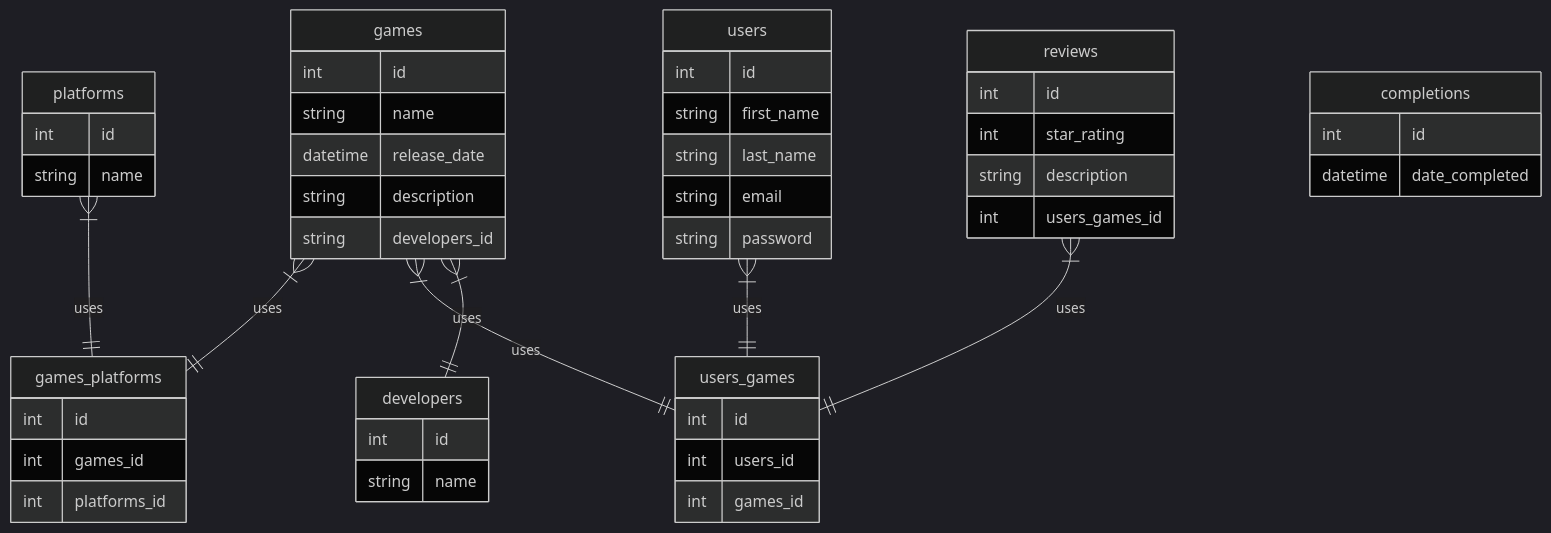
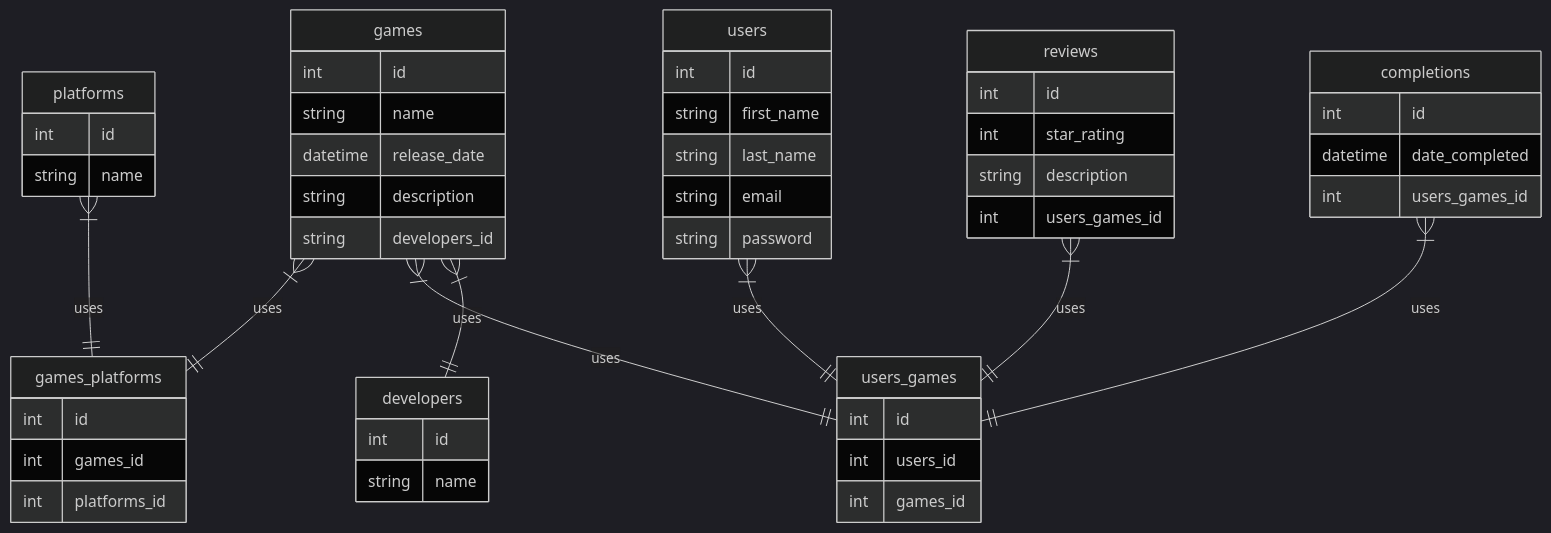
One commit to Haikira/VGLogger changed the second of 2 diagrams in README.md. Above: the diagram before and after it, drawn with Mermaid.

````diff
--- a/README.md
+++ b/README.md
@@ -41,56 +41,58 @@
 ``` mermaid
 %%{init: {'theme': 'dark' } }%%
 
 erDiagram
 
         games {
                 int id
                 string name
                 datetime release_date
                 string description
                 string developers_id
         }
         platforms {
                 int id
                 string name                
         }
         games_platforms {
                 int id
                 int games_id
                 int platforms_id
         }
         users_games {
                 int id
                 int users_id
                 int games_id
         }
         users {
                 int id
                 string first_name
                 string last_name
                 string email
                 string password
         }
         developers {
                 int id
                 string name
         }
         reviews {
                 int id
                 int star_rating
                 string description
                 int users_games_id
         }
         completions {
                 int id
                 datetime date_completed
+                int users_games_id
         }
         
         games }|--|| games_platforms: "uses"
         platforms }|--|| games_platforms: "uses"
         games }|--|| users_games: "uses"
         users }|--|| users_games: "uses"
         games }|--|| developers: "uses"
         reviews }|--|| users_games: "uses"
+        completions }|--|| users_games: "uses"
 
 ```
````
